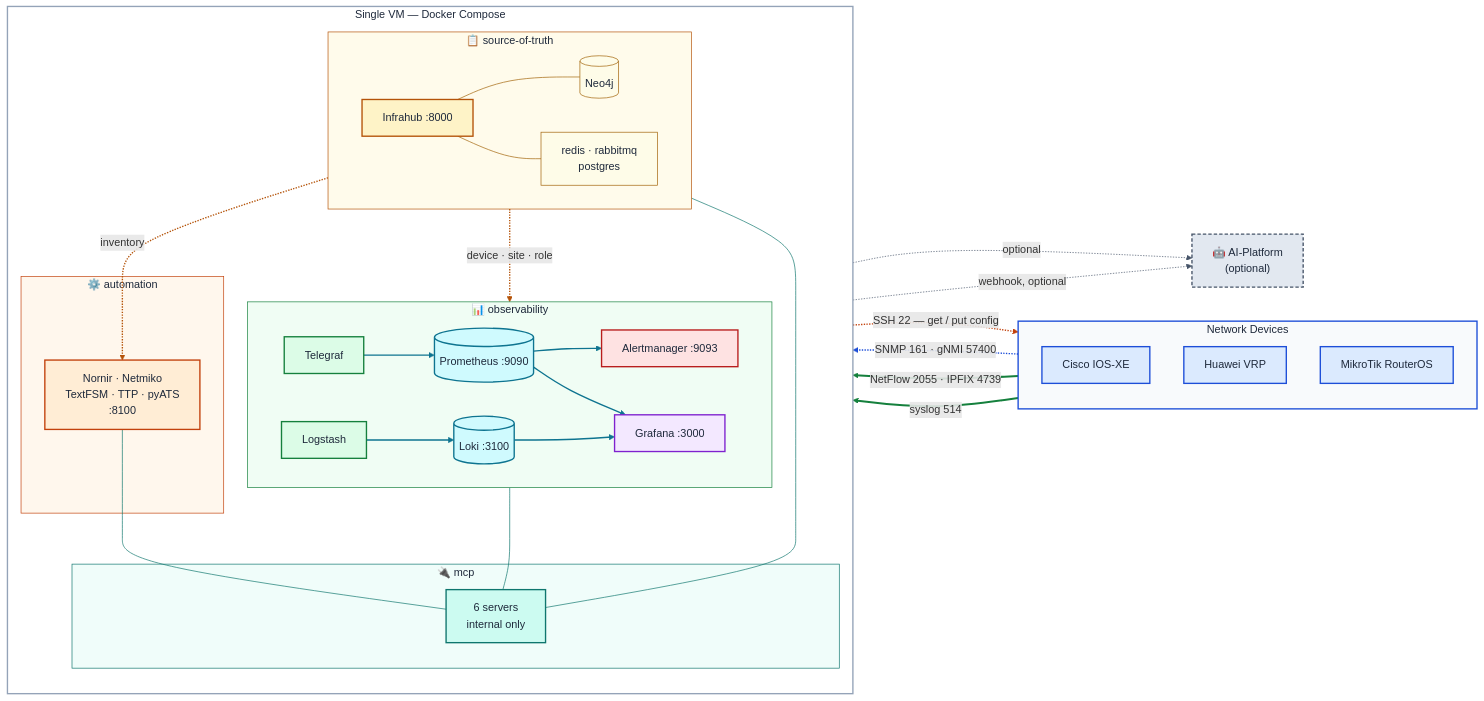
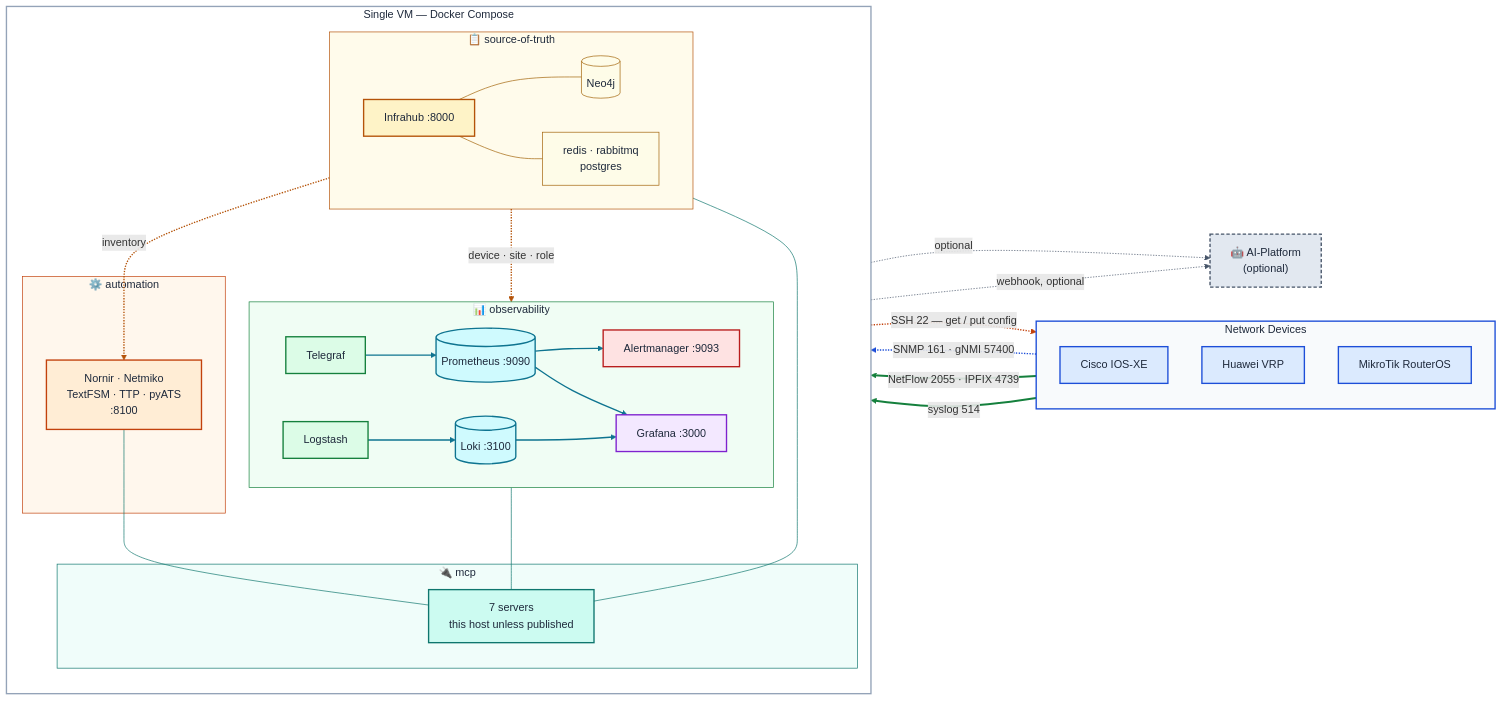
One commit to darqcube/DARQCUBE-AGENTICOPS-STACK changed the first of 5 diagrams in docs/architecture.md. Above: the diagram before and after it, drawn with Mermaid. The commit also changed other lines of this file and 34 other files, not shown here.

```diff
--- a/docs/architecture.md
+++ b/docs/architecture.md
@@ -36,7 +36,7 @@
       AU["Nornir · Netmiko<br/>TextFSM · TTP · pyATS<br/>:8100"]
     end
     subgraph MCPG["🔌 mcp"]
-      MS["6 servers<br/>internal only"]
+      MS["7 servers<br/>this host unless published"]
     end
   end
 
```
